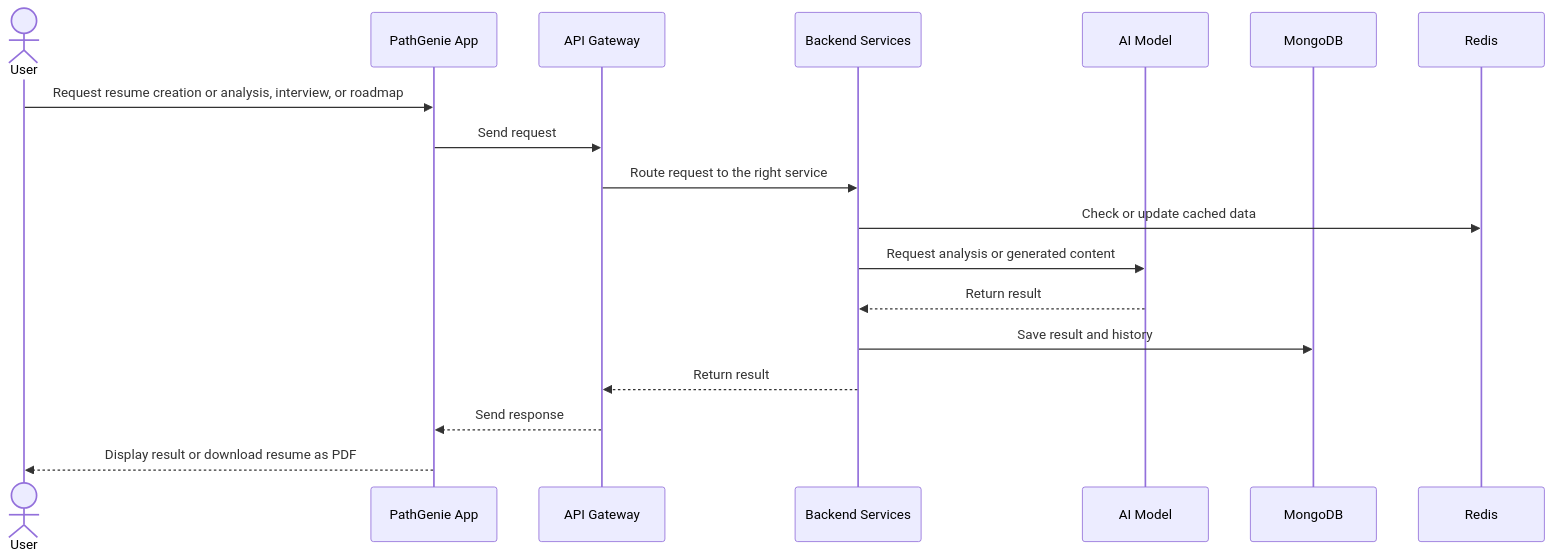
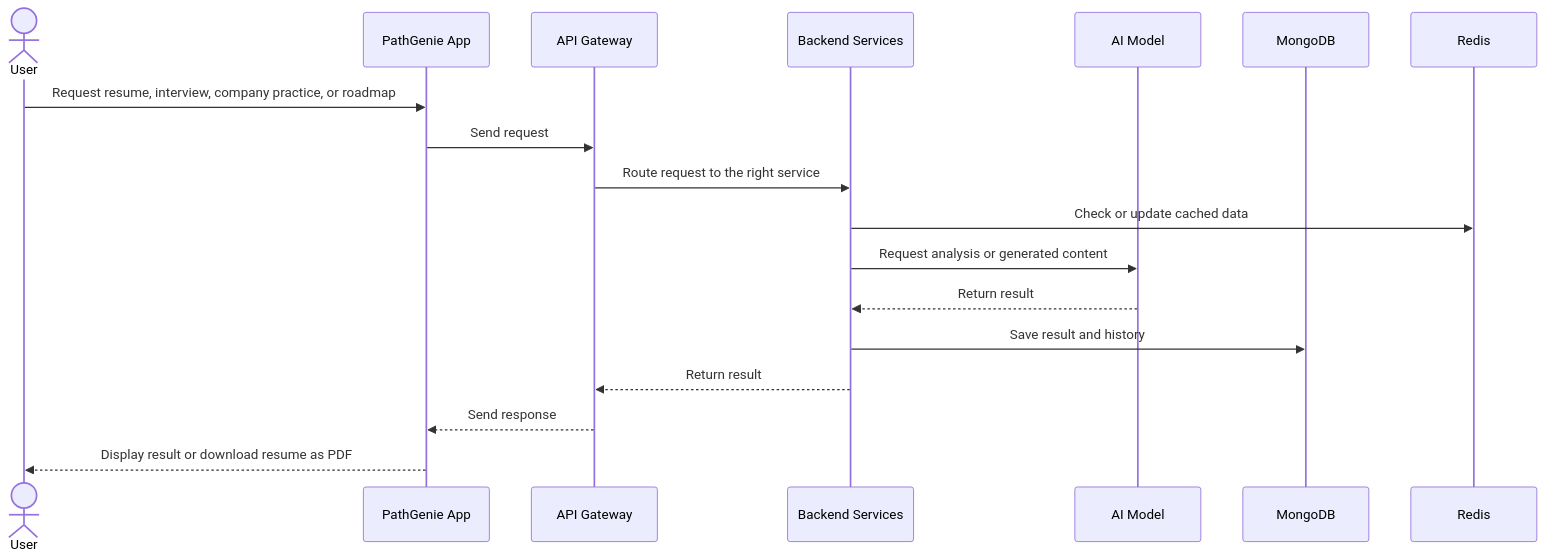
The second of 2 diagrams in README.md (Tushar-Sharma-hub/PathGenie), drawn with Mermaid before and after one commit. The commit also changed other lines of this file, not shown here.

````diff
--- a/README.md
+++ b/README.md
@@ -216,21 +236,21 @@
 ```mermaid
 sequenceDiagram
     actor User
     participant App as PathGenie App
     participant Gateway as API Gateway
     participant Services as Backend Services
     participant AI as AI Model
     participant Mongo as MongoDB
     participant Redis
 
-    User->>App: Request resume creation or analysis, interview, or roadmap
+    User->>App: Request resume, interview, company practice, or roadmap
     App->>Gateway: Send request
     Gateway->>Services: Route request to the right service
     Services->>Redis: Check or update cached data
     Services->>AI: Request analysis or generated content
     AI-->>Services: Return result
     Services->>Mongo: Save result and history
     Services-->>Gateway: Return result
     Gateway-->>App: Send response
     App-->>User: Display result or download resume as PDF
 ```
````
